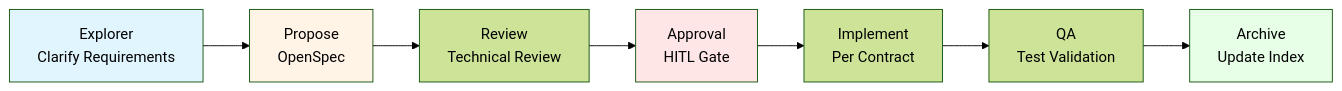
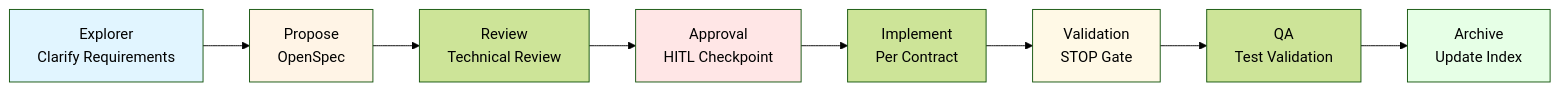
One commit to listener-He/java-harness-agent changed the first of 11 diagrams in ENGINEERING_MANUAL.md. Above: the diagram before and after it, drawn with Mermaid (forest theme). The commit also changed other lines of this file and 12 other files, not shown here.

````diff
--- a/ENGINEERING_MANUAL.md
+++ b/ENGINEERING_MANUAL.md
@@ -66,14 +66,15 @@
 ```mermaid
 graph LR
   A[Explorer<br/>Clarify Requirements] --> B[Propose<br/>OpenSpec]
   B --> C[Review<br/>Technical Review]
-  C --> D[Approval<br/>HITL Gate]
-  D --> E[Implement<br/>Per Contract]
-  E --> F[QA<br/>Test Validation]
+  C --> D[Approval<br/>HITL Checkpoint] --> E[Implement<br/>Per Contract]
+  E --> V[Validation<br/>STOP Gate]
+  V --> F[QA<br/>Test Validation]
   F --> G[Archive<br/>Update Index]
 
   style A fill:#e1f5ff
   style B fill:#fff4e6
   style D fill:#ffe6e6
+  style V fill:#fff9e6
   style G fill:#e6ffe6
 ```
````
